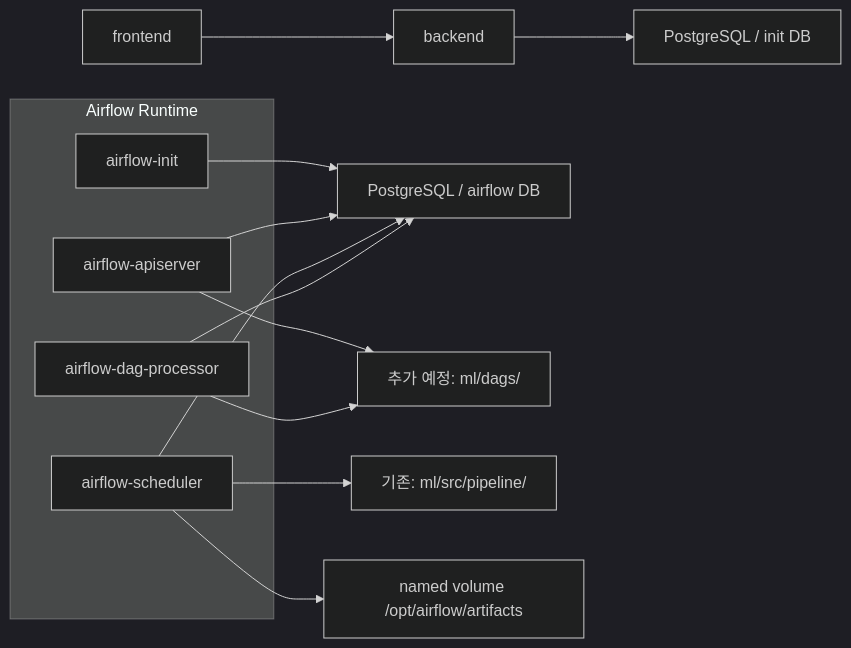
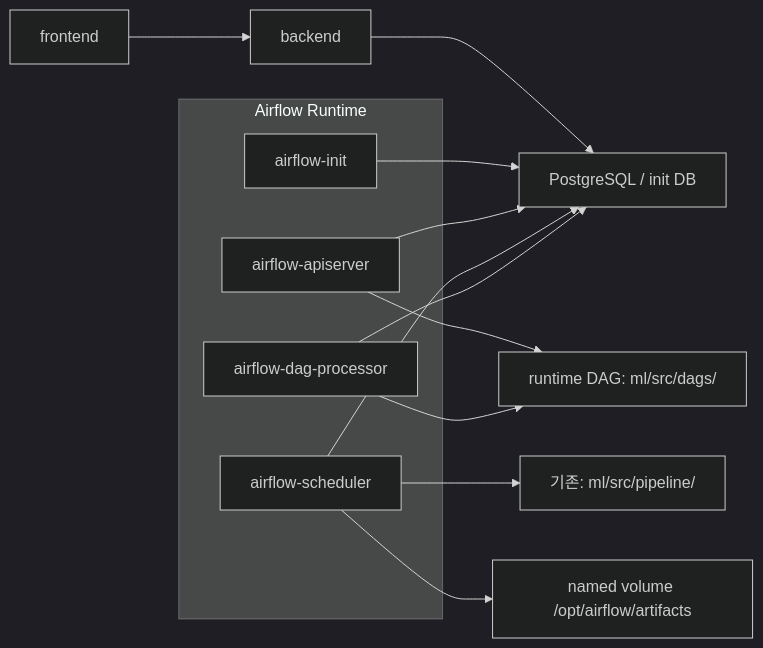
The first of 2 diagrams in .agent/specs/113.md (ajou-2026-1-capstone-5/ostone), drawn with Mermaid (dark theme) before and after one commit. The commit also changed other lines of this file and 34 other files, not shown here.

First line of the commit message:
build(pipeline): add airflow local runtime setup (#40)

````diff
--- a/.agent/specs/113.md
+++ b/.agent/specs/113.md
@@ -60,22 +60,22 @@
 ```mermaid
 flowchart LR
     FE["frontend"] --> BE["backend"]
     BE --> PG1["PostgreSQL / init DB"]
 
     subgraph Airflow Runtime
         AI["airflow-init"]
         AS["airflow-apiserver"]
         SCH["airflow-scheduler"]
         DP["airflow-dag-processor"]
     end
 
-    AI --> PG2["PostgreSQL / airflow DB"]
-    AS --> PG2
-    SCH --> PG2
-    DP --> PG2
+    AI --> PG1
+    AS --> PG1
+    SCH --> PG1
+    DP --> PG1
 
-    AS --> DAGS["추가 예정: ml/dags/"]
+    AS --> DAGS["runtime DAG: ml/src/dags/"]
     SCH --> SRC["기존: ml/src/pipeline/"]
     DP --> DAGS
     SCH --> ART["named volume /opt/airflow/artifacts"]
 ```
````
